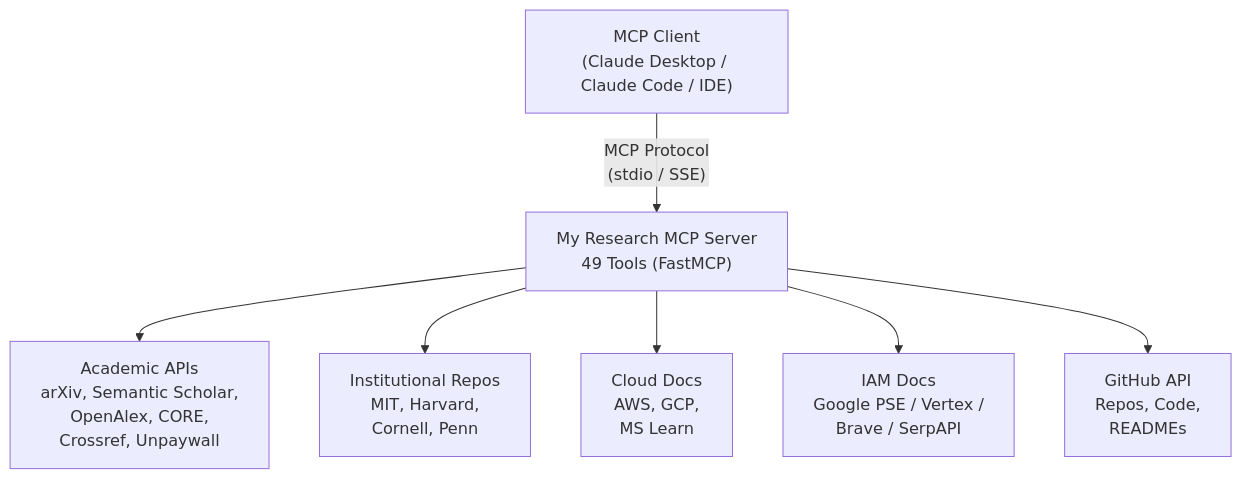
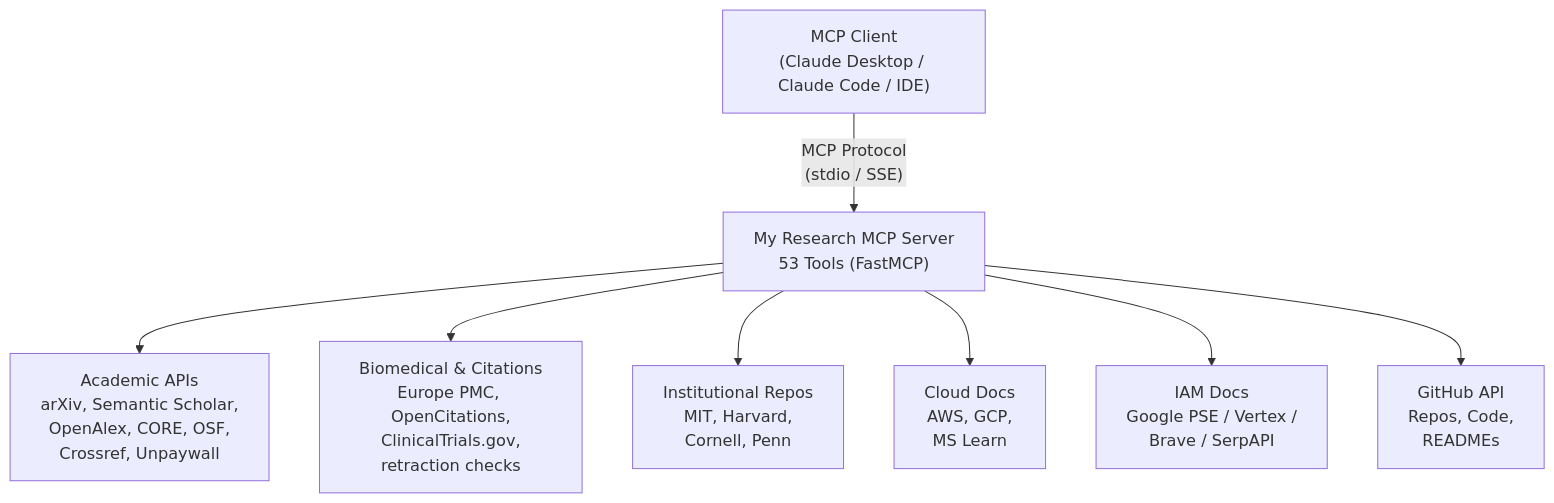
One commit to kennylhilljr/my-research-mcp-server changed the first of 4 diagrams in README.md. Above: the diagram before and after it, drawn with Mermaid. The commit also changed other lines of this file and 6 other files, not shown here.

````diff
--- a/README.md
+++ b/README.md
@@ -77,13 +77,14 @@
 ```mermaid
 graph TD
     Client["MCP Client<br/>(Claude Desktop / Claude Code / IDE)"]
-    Server["My Research MCP Server<br/>49 Tools (FastMCP)"]
+    Server["My Research MCP Server<br/>53 Tools (FastMCP)"]
 
     Client -->|"MCP Protocol<br/>(stdio / SSE)"| Server
 
-    Server --> Academic["Academic APIs<br/>arXiv, Semantic Scholar,<br/>OpenAlex, CORE,<br/>Crossref, Unpaywall"]
+    Server --> Academic["Academic APIs<br/>arXiv, Semantic Scholar,<br/>OpenAlex, CORE, OSF,<br/>Crossref, Unpaywall"]
+    Server --> Biomed["Biomedical & Citations<br/>Europe PMC, OpenCitations,<br/>ClinicalTrials.gov,<br/>retraction checks"]
     Server --> Institutional["Institutional Repos<br/>MIT, Harvard,<br/>Cornell, Penn"]
     Server --> Cloud["Cloud Docs<br/>AWS, GCP,<br/>MS Learn"]
     Server --> IAM["IAM Docs<br/>Google PSE / Vertex /<br/>Brave / SerpAPI"]
     Server --> GitHub["GitHub API<br/>Repos, Code,<br/>READMEs"]
 ```
````
